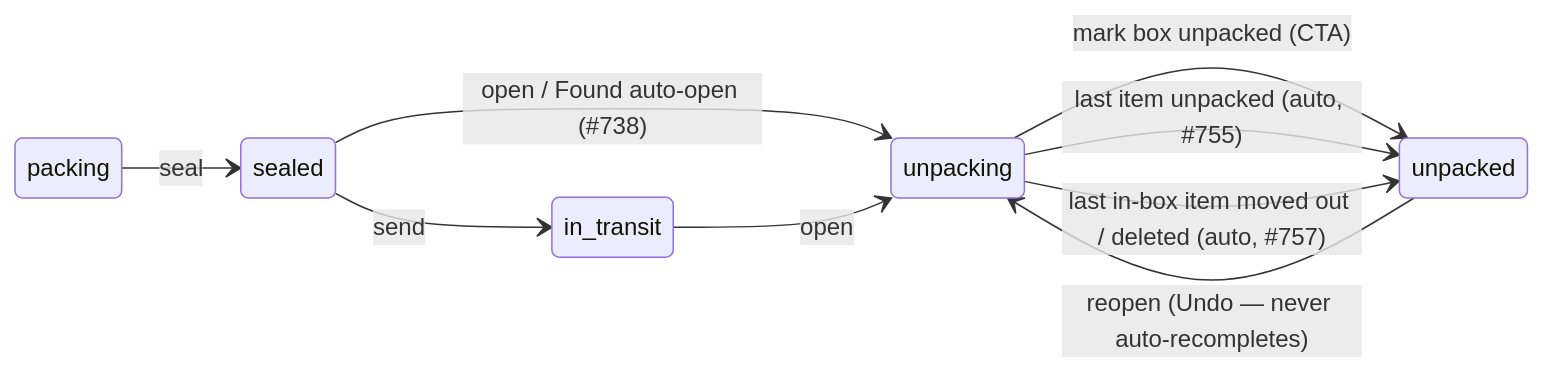
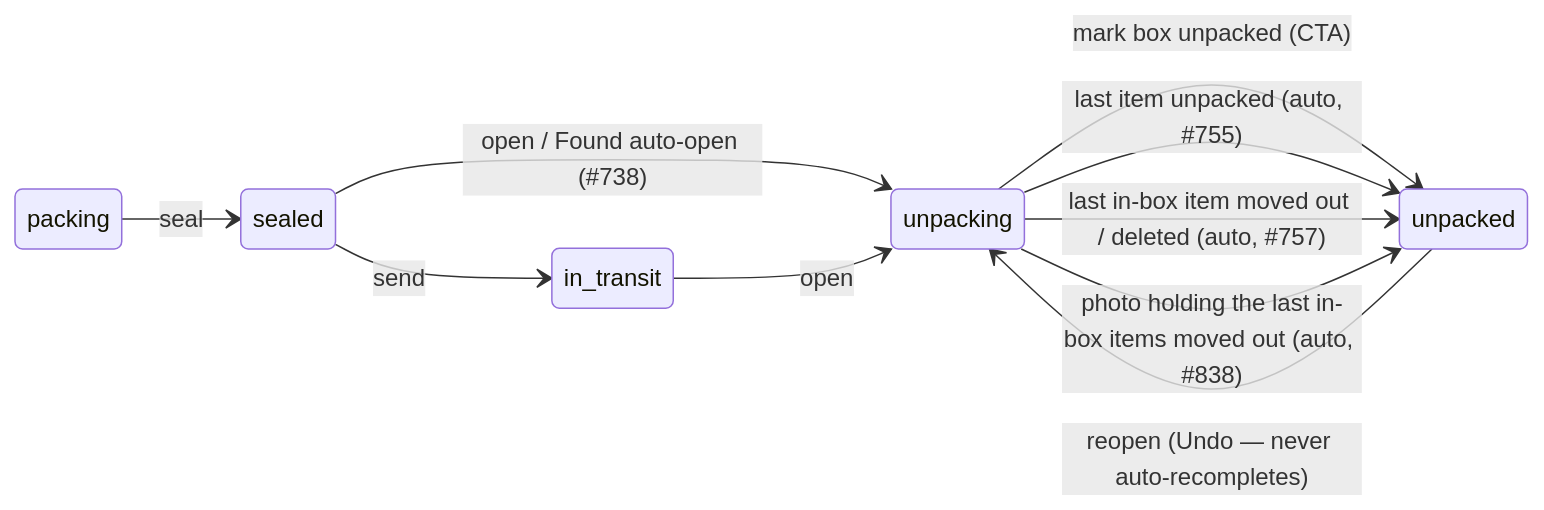
Before and after one commit to joel/move: diagram 13 of 17 in doc/project/architecture.md, drawn with Mermaid. The commit also changed other lines of this file and 6 other files, not shown here.

First line of the commit message:
Auto-complete an unpacking box emptied by a photo move

````diff
--- a/doc/project/architecture.md
+++ b/doc/project/architecture.md
@@ -617,12 +620,13 @@
 ```mermaid
 stateDiagram-v2
   direction LR
   packing --> sealed: seal
   sealed --> in_transit: send
   sealed --> unpacking: open / Found auto-open (#738)
   in_transit --> unpacking: open
   unpacking --> unpacked: mark box unpacked (CTA)
   unpacking --> unpacked: last item unpacked (auto, #755)
   unpacking --> unpacked: last in-box item moved out / deleted (auto, #757)
+  unpacking --> unpacked: photo holding the last in-box items moved out (auto, #838)
   unpacked --> unpacking: reopen (Undo — never auto-recompletes)
 ```
````
